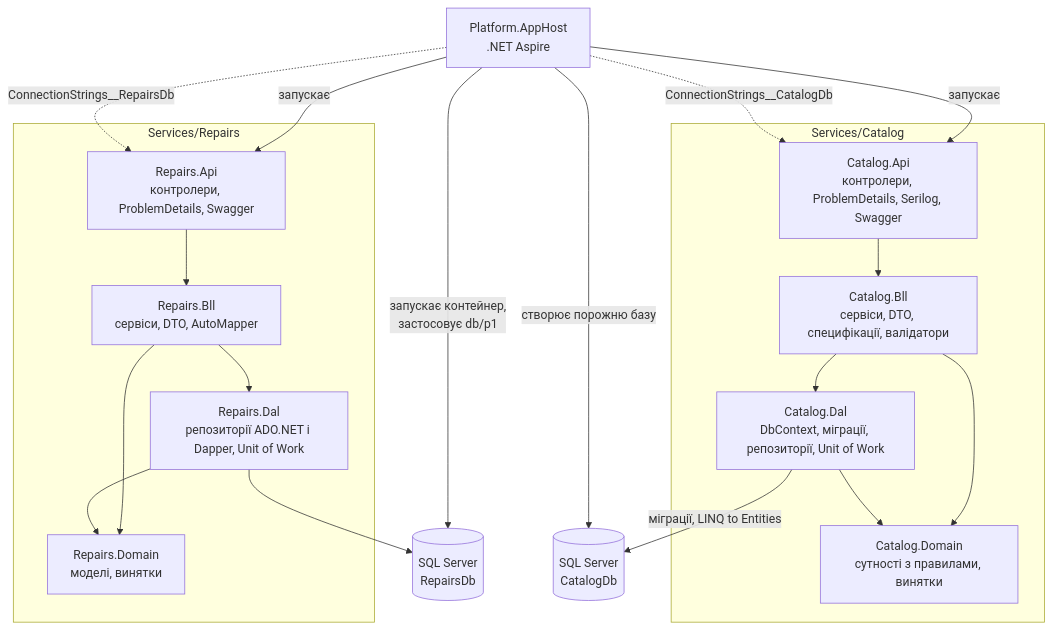
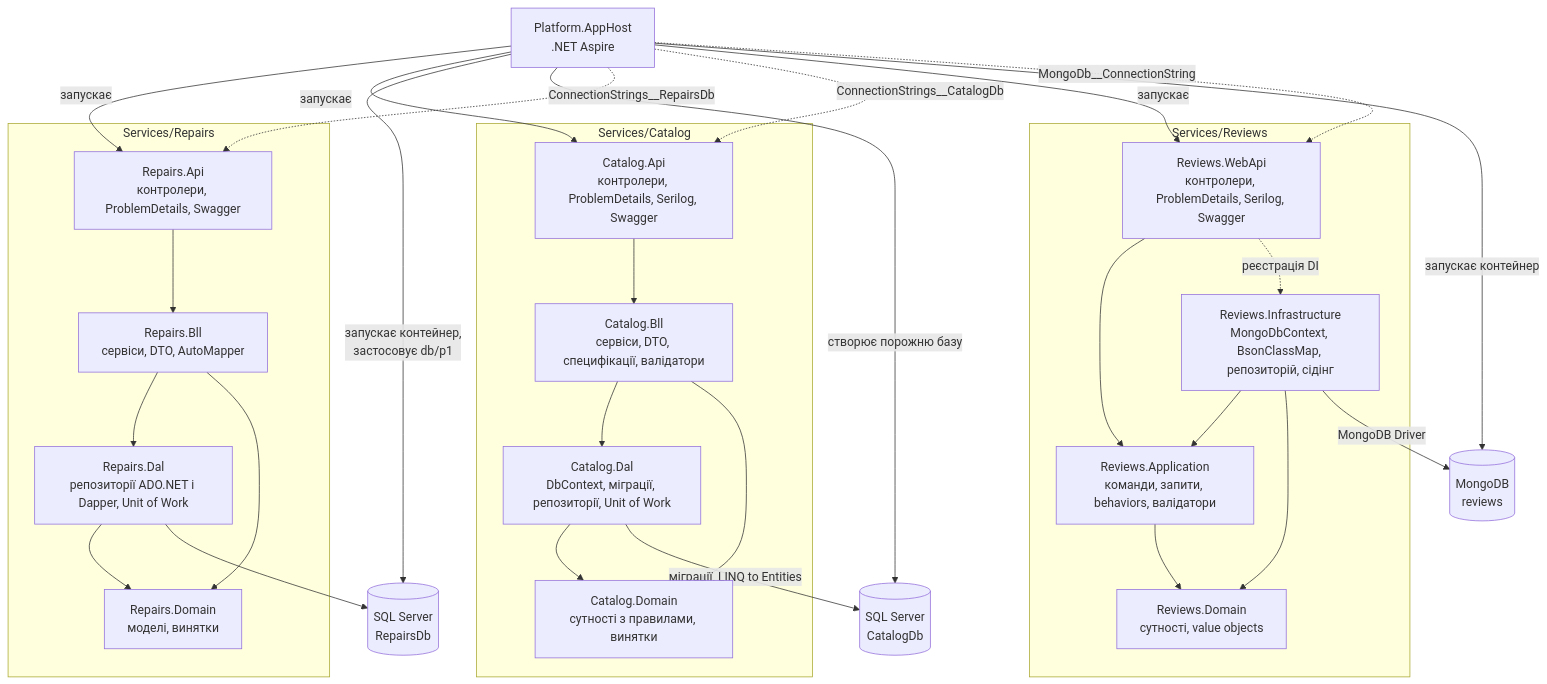
Before and after one commit to totalbyte/dotnet-practice: the second of 3 diagrams in README.md, drawn with Mermaid. The commit also changed other lines of this file and 7 other files, not shown here.

Commit message:
docs: describe Reviews service, layers and MongoDB indexes

````diff
--- a/README.md
+++ b/README.md
@@ -187,26 +218,38 @@
 ```mermaid
 flowchart TB
     AppHost["Platform.AppHost<br/>.NET Aspire"] -->|запускає| Api
     AppHost -->|запускає| CApi
     AppHost -->|запускає контейнер,<br/>застосовує db/p1| Db[("SQL Server<br/>RepairsDb")]
     AppHost -->|створює порожню базу| CDb[("SQL Server<br/>CatalogDb")]
     AppHost -.->|ConnectionStrings__RepairsDb| Api
     AppHost -.->|ConnectionStrings__CatalogDb| CApi
+    AppHost -->|запускає| WApi
+    AppHost -->|запускає контейнер| MDb[("MongoDB<br/>reviews")]
+    AppHost -.->|MongoDb__ConnectionString| WApi
 
     subgraph Repairs["Services/Repairs"]
         Api["Repairs.Api<br/>контролери, ProblemDetails, Swagger"] --> Bll["Repairs.Bll<br/>сервіси, DTO, AutoMapper"]
         Bll --> Dal["Repairs.Dal<br/>репозиторії ADO.NET і Dapper, Unit of Work"]
         Bll --> Domain["Repairs.Domain<br/>моделі, винятки"]
         Dal --> Domain
     end
 
     subgraph Catalog["Services/Catalog"]
         CApi["Catalog.Api<br/>контролери, ProblemDetails, Serilog, Swagger"] --> CBll["Catalog.Bll<br/>сервіси, DTO, специфікації, валідатори"]
         CBll --> CDal["Catalog.Dal<br/>DbContext, міграції, репозиторії, Unit of Work"]
         CBll --> CDomain["Catalog.Domain<br/>сутності з правилами, винятки"]
         CDal --> CDomain
     end
 
+    subgraph Reviews["Services/Reviews"]
+        WApi["Reviews.WebApi<br/>контролери, ProblemDetails, Serilog, Swagger"] --> App["Reviews.Application<br/>команди, запити, behaviors, валідатори"]
+        WApi -.->|реєстрація DI| Infra
+        Infra["Reviews.Infrastructure<br/>MongoDbContext, BsonClassMap, репозиторій, сідінг"] --> App
+        Infra --> WDomain["Reviews.Domain<br/>сутності, value objects"]
+        App --> WDomain
+    end
+
     Dal --> Db
     CDal -->|міграції, LINQ to Entities| CDb
+    Infra -->|MongoDB Driver| MDb
 ```
````
